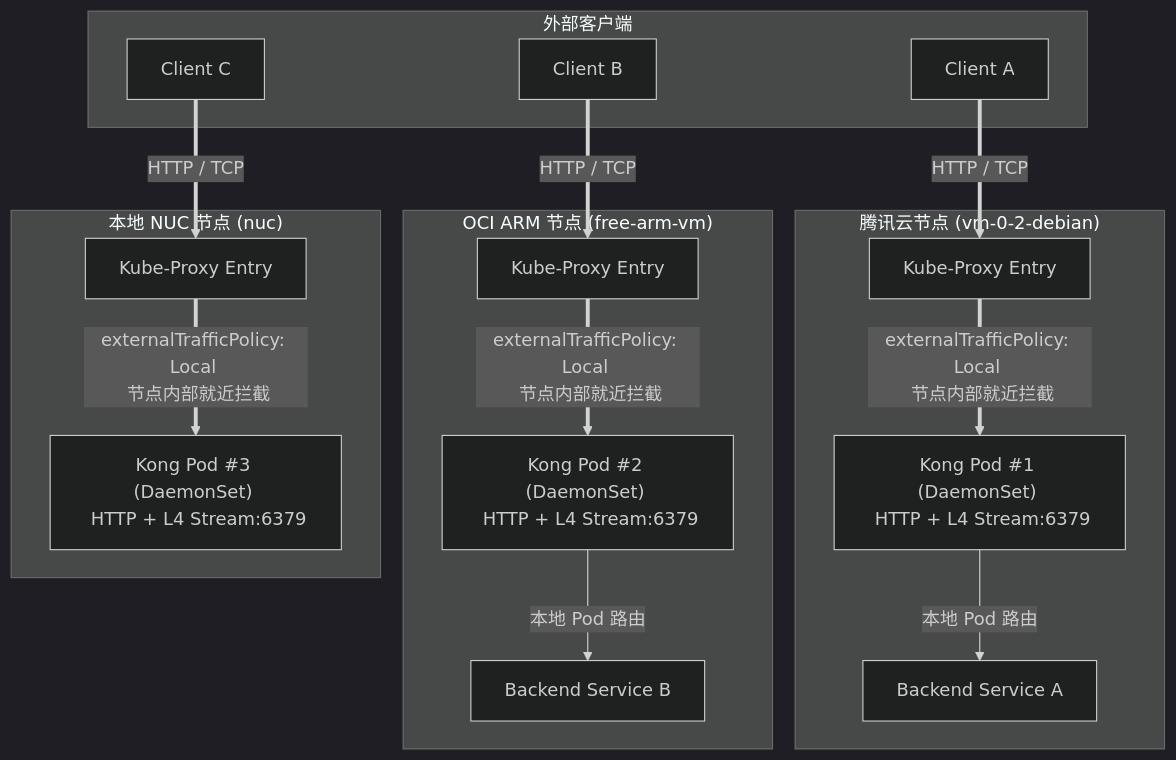
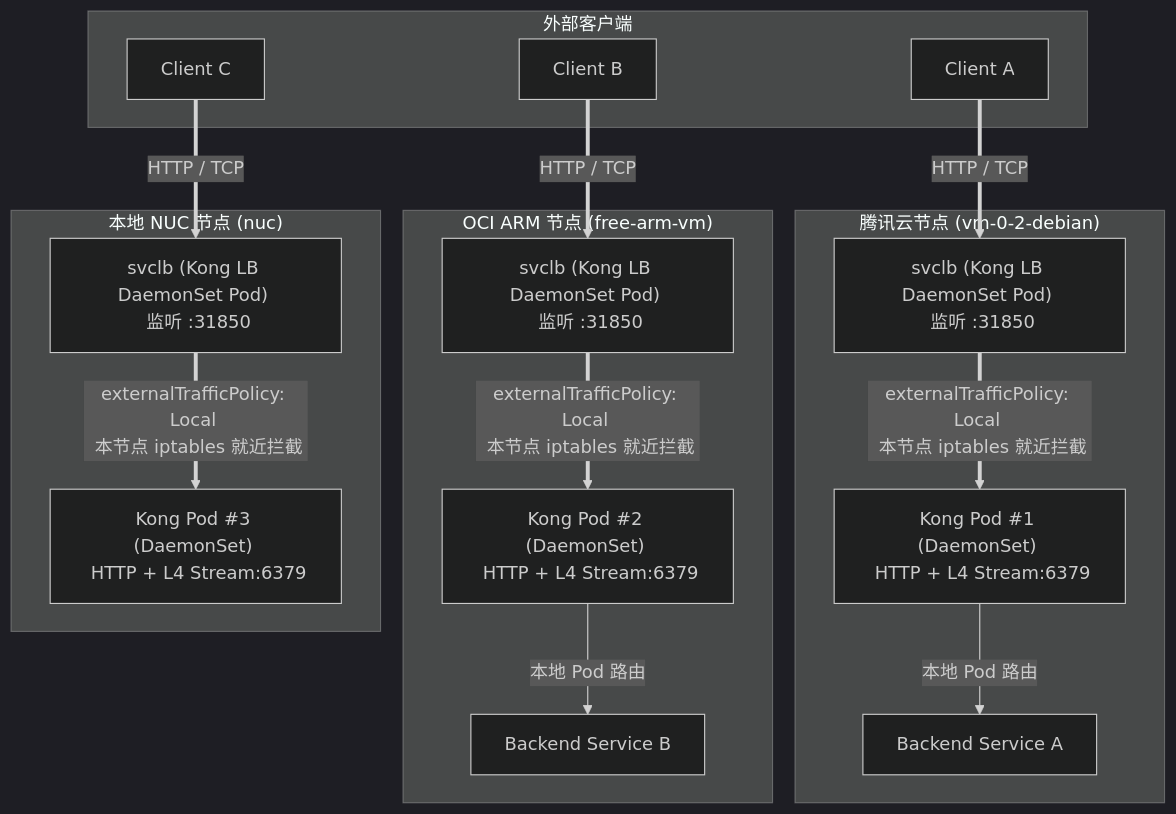
Before and after one commit to nvd11/my-blogs: the second of 2 diagrams in kong_ha_daemonset_local_traffic_architecture.md, drawn with Mermaid (dark theme). The commit also changed other lines of this file, not shown here.

Commit message:
docs: fix architecture diagrams - entry is svclb (Kong LB) not kube-proxy/NodePort

````diff
--- a/kong_ha_daemonset_local_traffic_architecture.md
+++ b/kong_ha_daemonset_local_traffic_architecture.md
@@ -76,36 +78,36 @@
 ```mermaid
 graph TD
     subgraph Clients ["外部客户端"]
         C1["Client A"]
         C2["Client B"]
         C3["Client C"]
     end
 
     subgraph Node1 ["腾讯云节点 (vm-0-2-debian)"]
-        NP1["Kube-Proxy Entry"]
+        LB1["svclb (Kong LB DaemonSet Pod) <br/> 监听 :31850"]
         KongDS1["Kong Pod #1 (DaemonSet) <br/> HTTP + L4 Stream:6379"]
         Svc1["Backend Service A"]
     end
 
     subgraph Node2 ["OCI ARM 节点 (free-arm-vm)"]
-        NP2["Kube-Proxy Entry"]
+        LB2["svclb (Kong LB DaemonSet Pod) <br/> 监听 :31850"]
         KongDS2["Kong Pod #2 (DaemonSet) <br/> HTTP + L4 Stream:6379"]
         Svc2["Backend Service B"]
     end
 
     subgraph Node3 ["本地 NUC 节点 (nuc)"]
-        NP3["Kube-Proxy Entry"]
+        LB3["svclb (Kong LB DaemonSet Pod) <br/> 监听 :31850"]
         KongDS3["Kong Pod #3 (DaemonSet) <br/> HTTP + L4 Stream:6379"]
     end
 
-    C1 ==>|HTTP / TCP| NP1
-    C2 ==>|HTTP / TCP| NP2
-    C3 ==>|HTTP / TCP| NP3
+    C1 ==>|HTTP / TCP| LB1
+    C2 ==>|HTTP / TCP| LB2
+    C3 ==>|HTTP / TCP| LB3
 
-    NP1 ==>|externalTrafficPolicy: Local <br/> 节点内部就近拦截| KongDS1
-    NP2 ==>|externalTrafficPolicy: Local <br/> 节点内部就近拦截| KongDS2
-    NP3 ==>|externalTrafficPolicy: Local <br/> 节点内部就近拦截| KongDS3
+    LB1 ==>|externalTrafficPolicy: Local <br/> 本节点 iptables 就近拦截| KongDS1
+    LB2 ==>|externalTrafficPolicy: Local <br/> 本节点 iptables 就近拦截| KongDS2
+    LB3 ==>|externalTrafficPolicy: Local <br/> 本节点 iptables 就近拦截| KongDS3
 
     KongDS1 -->|本地 Pod 路由| Svc1
     KongDS2 -->|本地 Pod 路由| Svc2
 ```
````
